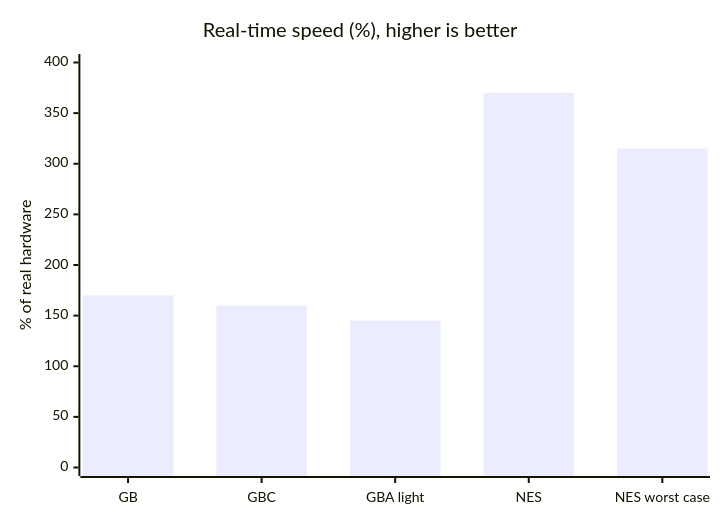
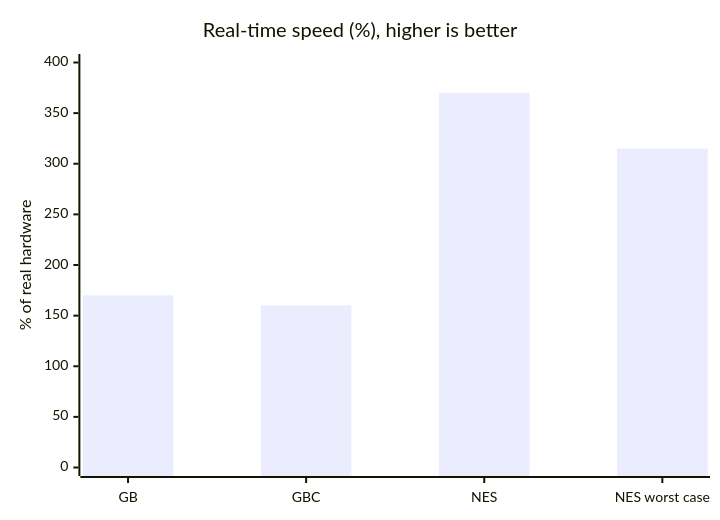
The second of 3 diagrams in README.md (abhishekbiswas772/GBA_Python), drawn with Mermaid before and after one commit. The commit also changed other lines of this file and 44 other files, not shown here.

````diff
--- a/README.md
+++ b/README.md
@@ -426,7 +440,7 @@
 ```mermaid
 xychart-beta
     title "Real-time speed (%), higher is better"
-    x-axis ["GB", "GBC", "GBA light", "NES", "NES worst case"]
+    x-axis ["GB", "GBC", "NES", "NES worst case"]
     y-axis "% of real hardware" 0 --> 400
-    bar [170, 160, 145, 370, 315]
+    bar [170, 160, 370, 315]
 ```
````
